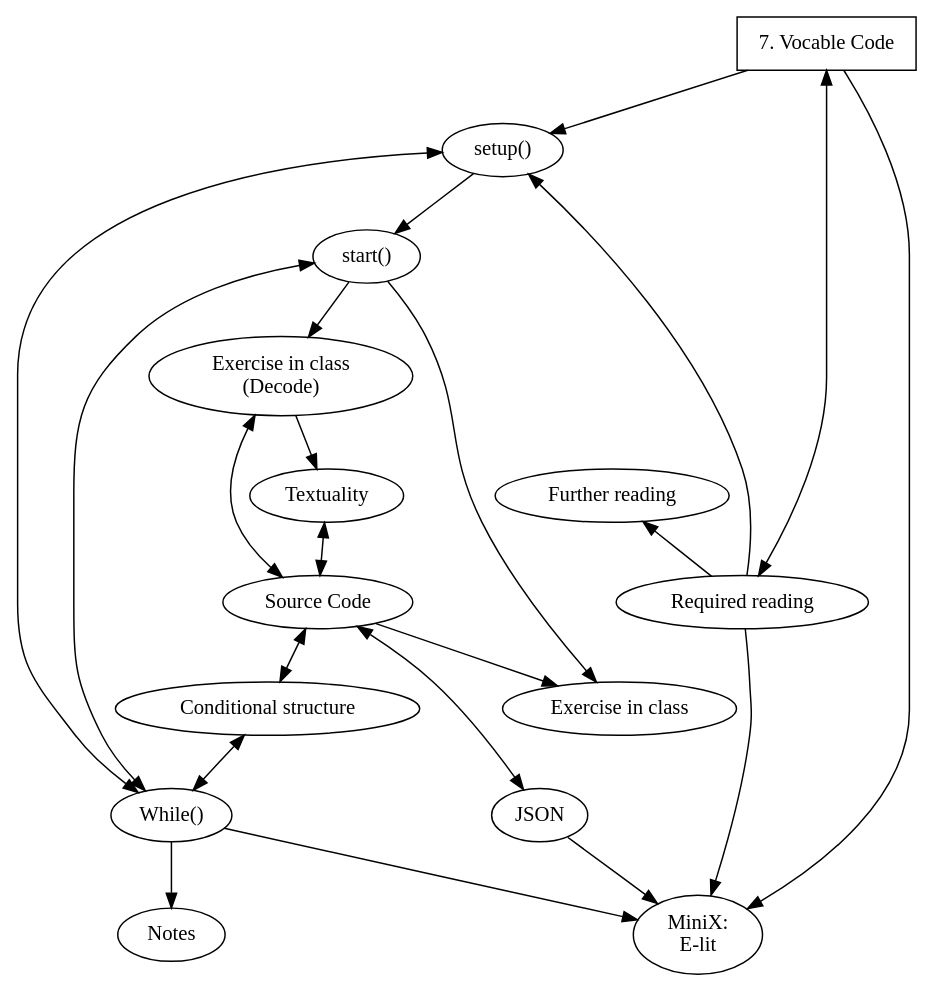
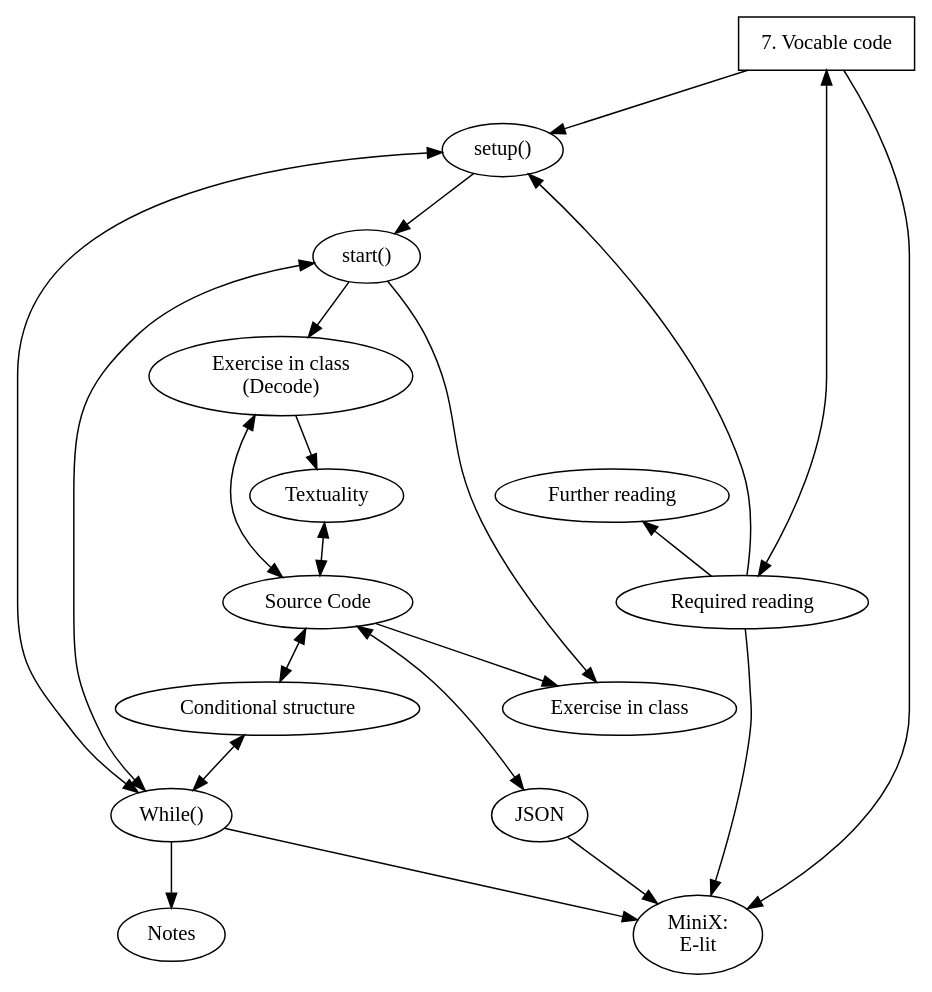
Before and after one commit to danbz/aesthetic-programming: the diagram in graphviz/AP_ch7.dot, drawn with Graphviz. The commit also changed 17 other files, not shown here.

Commit message:
update graphviz

```diff
--- a/graphviz/AP_ch7.dot
+++ b/graphviz/AP_ch7.dot
@@ -1,48 +1,48 @@
 digraph G {
 
 node[fontname="Hershey-Noailles-help-me"]
 
 //labels
 GS [
-label="7. Vocable Code",
+label="7. Vocable code",
 style=bold,
 shape=rectangle,
 penwidth="1pt"
 ]
 
 SU [label="setup()"]
 ST [label="start()"]
 DE [label="Exercise in class \n(Decode)"]
 TX [label="Textuality"]
 CO [label="Conditional structure"]
 JS [label="JSON"]
 SC [label="Source Code"]
 EiC [label="Exercise in class"]
 MW [label="While()"]
 MX [label="MiniX: \nE-lit"]
 RR [label="Required reading"]
 FR [label="Further reading"]
 Notes [label="Notes"]
 
 //rank
 {rank = same; RR, SC}
 {rank = same; FR, TX}
 
 //graph
 GS -> SU -> ST -> DE;
 GS -> MX;
 GS -> RR[dir=both, minlen=2];
 SU -> MW [dir=both];
 RR -> MX, SU;
 DE -> TX;
 TX -> SC[dir=both];
 SC -> EiC;
 SC -> CO, JS[dir=both];
 ST -> MW [dir=both];
 JS -> MX;
 MW -> MX, Notes;
 DE -> SC[dir=both];
 CO -> MW[dir=both];
 ST -> EiC;
 RR -> FR;
 }
```
